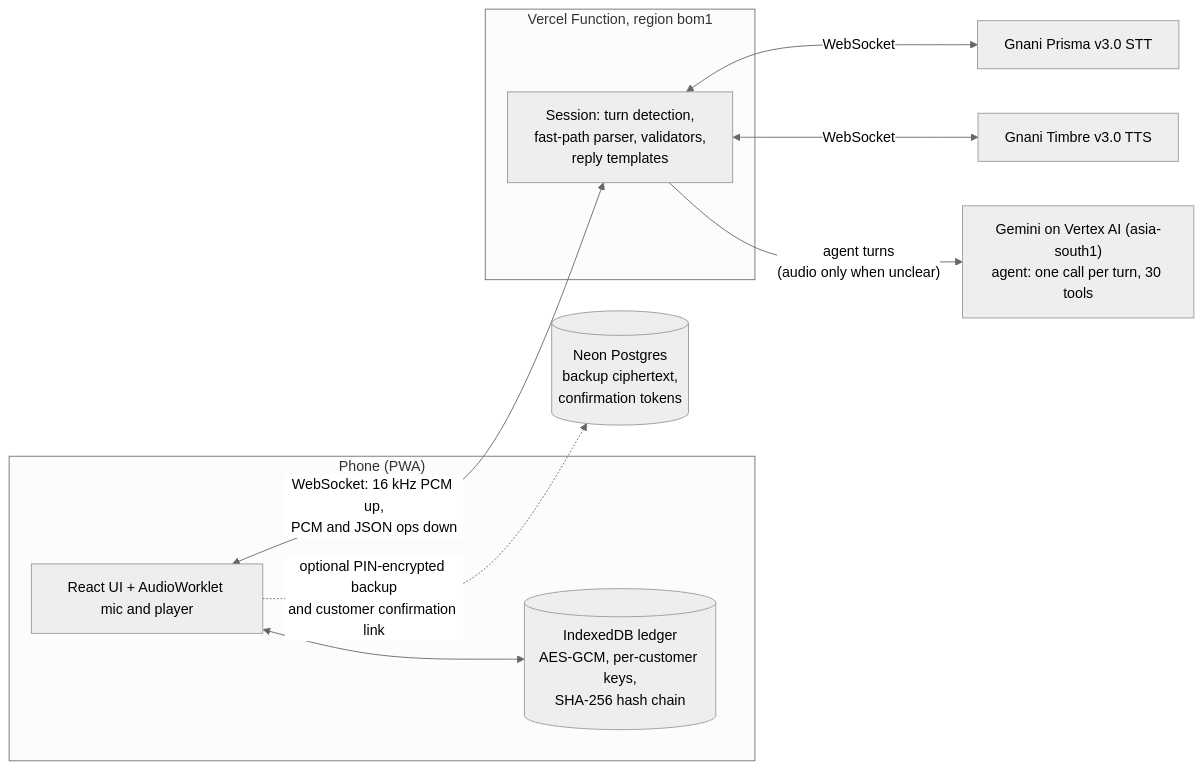
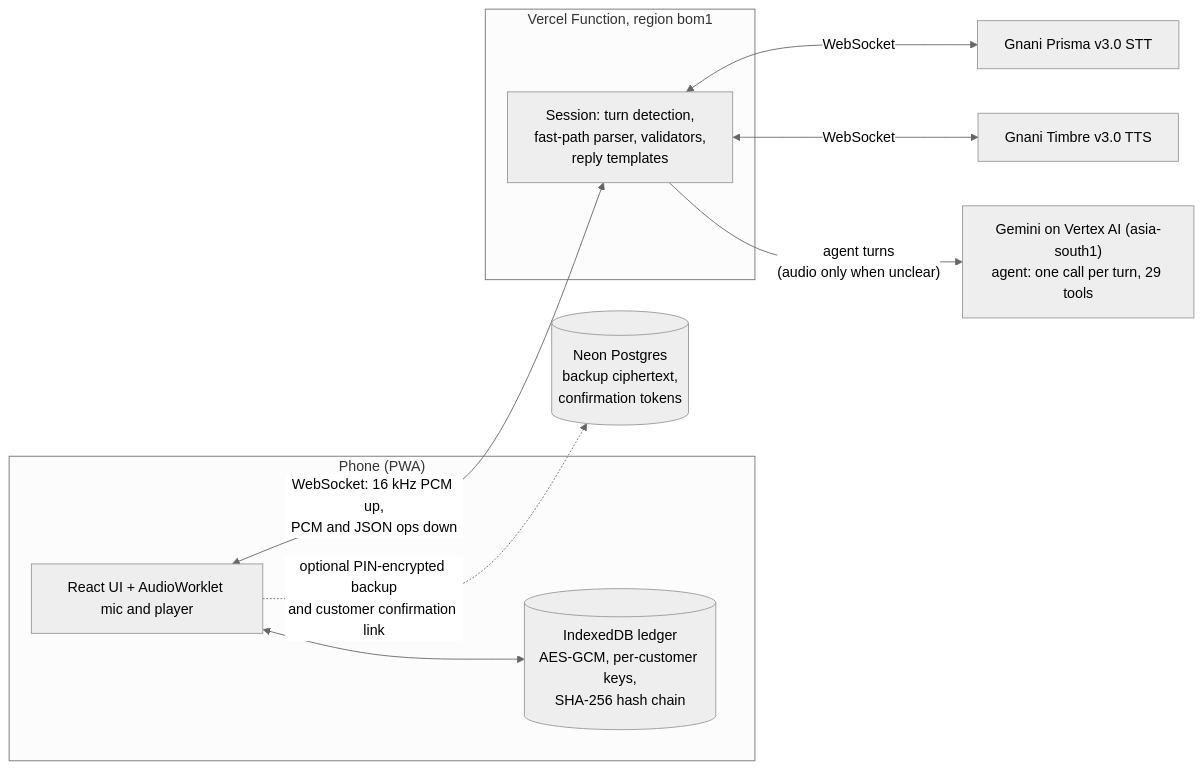
The first of 2 diagrams in README.md (sulaiman-shariff/voice-khata), drawn with Mermaid (neutral theme) before and after one commit. The commit also changed other lines of this file, not shown here.

Commit message:
README: the wake model is in this build (measured), the agent race and its privacy/cost, hedge env vars

````diff
--- a/README.md
+++ b/README.md
@@ -28,20 +28,20 @@
 ```mermaid
 flowchart LR
   subgraph Phone["Phone (PWA)"]
     UI["React UI + AudioWorklet mic and player"]
     DB[("IndexedDB ledger<br/>AES-GCM, per-customer keys,<br/>SHA-256 hash chain")]
     UI <--> DB
   end
   subgraph Vercel["Vercel Function, region bom1"]
     S["Session: turn detection,<br/>fast-path parser, validators,<br/>reply templates"]
   end
   STT["Gnani Prisma v3.0 STT"]
   TTS["Gnani Timbre v3.0 TTS"]
-  LLM["Gemini on Vertex AI (asia-south1)<br/>agent: one call per turn, 30 tools"]
+  LLM["Gemini on Vertex AI (asia-south1)<br/>agent: one call per turn, 29 tools"]
   NEON[("Neon Postgres<br/>backup ciphertext,<br/>confirmation tokens")]
   UI <-- "WebSocket: 16 kHz PCM up,<br/>PCM and JSON ops down" --> S
   S <-- WebSocket --> STT
   S <-- WebSocket --> TTS
   S -- "agent turns<br/>(audio only when unclear)" --> LLM
   UI -. "optional PIN-encrypted backup<br/>and customer confirmation link" .-> NEON
 ```
````
